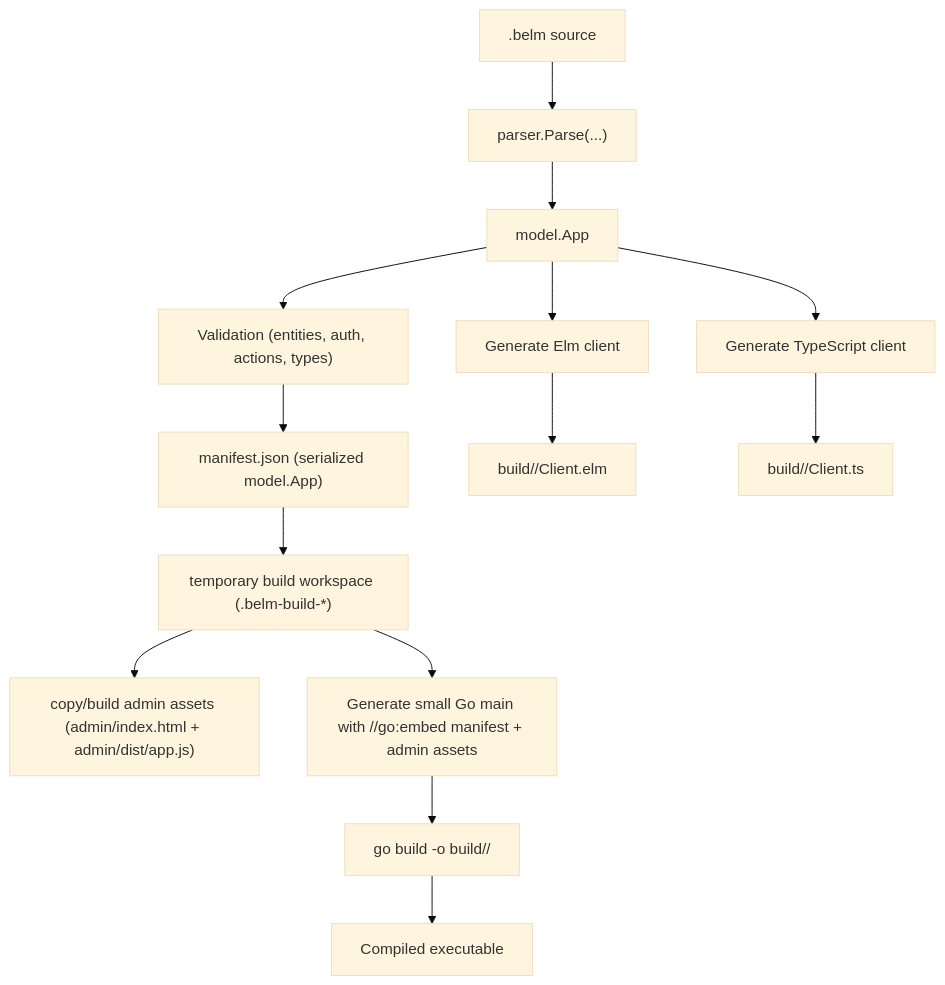
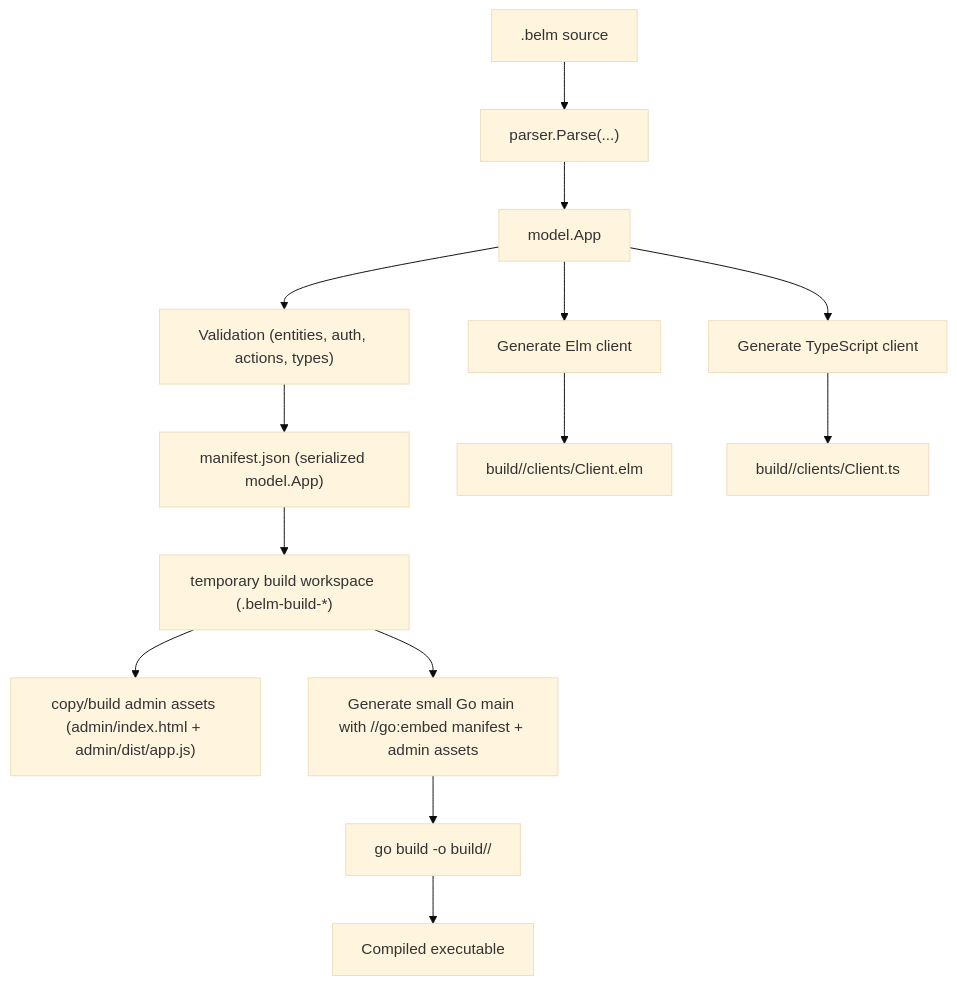
The second of 2 diagrams in README.md (marciofrayze/mar-lang), drawn with Mermaid (base theme) before and after one commit. The commit also changed other lines of this file and 25 other files, not shown here.

````diff
--- a/README.md
+++ b/README.md
@@ -107,16 +108,16 @@
 ```mermaid
 flowchart TD
     S[".belm source"] --> P["parser.Parse(...)"]
     P --> M["model.App"]
     M --> V["Validation (entities, auth, actions, types)"]
     V --> MAN["manifest.json (serialized model.App)"]
     MAN --> TMP["temporary build workspace (.belm-build-*)"]
     TMP --> ADM["copy/build admin assets (admin/index.html + admin/dist/app.js)"]
     M --> EC["Generate Elm client"]
     M --> TC["Generate TypeScript client"]
     TMP --> GS["Generate small Go main with //go:embed manifest + admin assets"]
     GS --> GB["go build -o build/<name>/<name> <temp-workdir>"]
     GB --> BIN["Compiled executable"]
-    EC --> OUT["build/<name>/<AppName>Client.elm"]
-    TC --> OUT2["build/<name>/<AppName>Client.ts"]
+    EC --> OUT["build/<name>/clients/<AppName>Client.elm"]
+    TC --> OUT2["build/<name>/clients/<AppName>Client.ts"]
 ```
````
